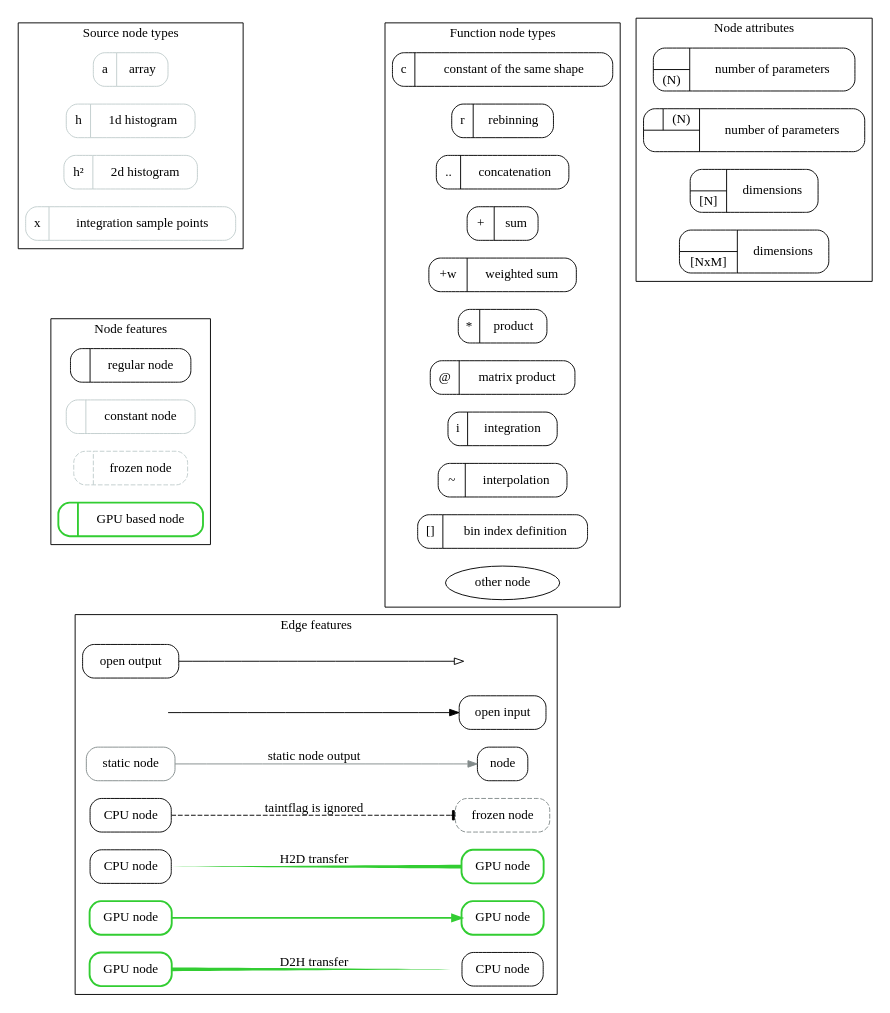
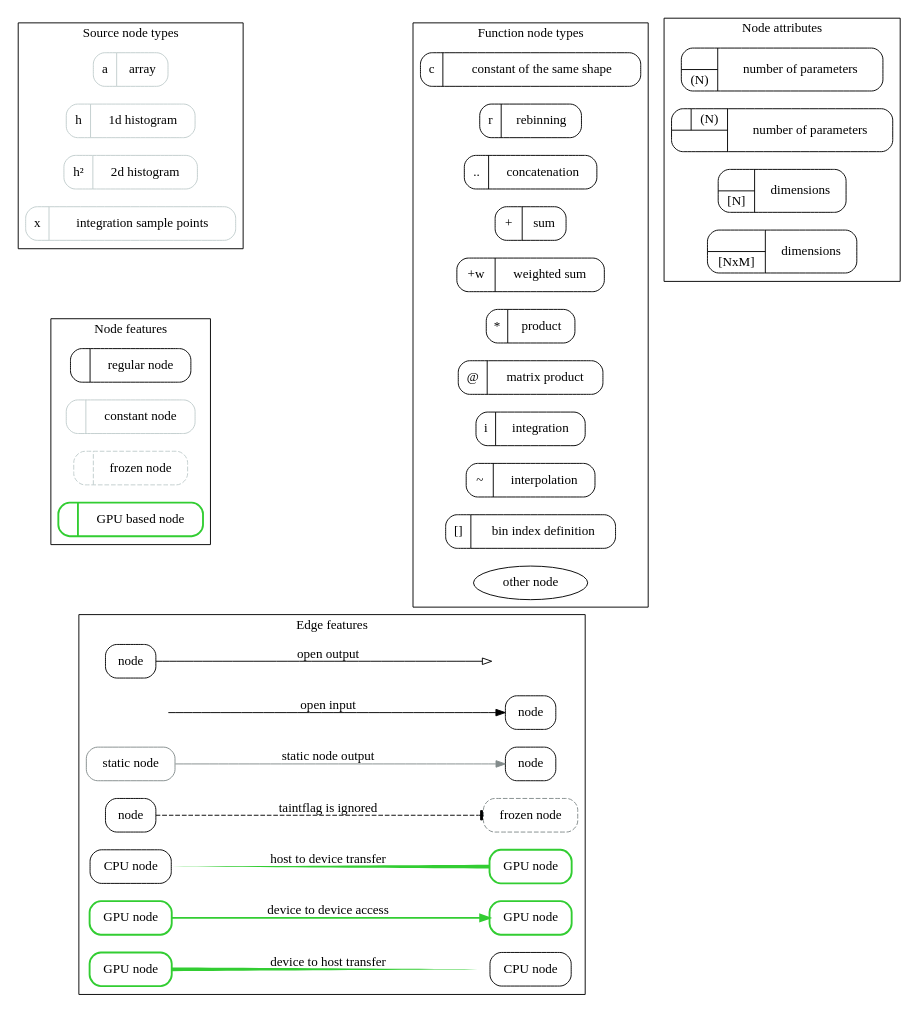
Before and after one commit to gnafit/gna: the diagram in doc/misc/legend.dot, drawn with Graphviz. The commit also changed 4 other files, not shown here.

```diff
--- a/doc/misc/legend.dot
+++ b/doc/misc/legend.dot
@@ -1,88 +1,88 @@
 digraph "" {
     graph [
         fontsize=10,
         labelfontsize=10,
         rankdir=LR,
         ranksep=0.01,
     ];
     node [label="\N"];
 
     subgraph cluster4{
         fontsize=14;
         label="Edge features";
-        node4_1l [shape=Mrecord,label="open output"];
+        node4_1l [shape=Mrecord,label="node"];
         node4_1r [shape=Mrecord,style="invis"];
-        node4_1l -> node4_1r [arrowhead=empty];
+        node4_1l -> node4_1r [arrowhead=empty,label="open output"];
 
         node4_2l [shape=Mrecord,style="invis"];
-        node4_2r [shape=Mrecord,label="open input"];
-        node4_2l -> node4_2r [];
+        node4_2r [shape=Mrecord,label="node"];
+        node4_2l -> node4_2r [label="open input"];
 
         node4_7l [shape=Mrecord,label="static node",color=azure4];
         node4_7r [shape=Mrecord,label="node"];
         node4_7l -> node4_7r [color=azure4,label="static node output"];
 
-        node4_6l [shape=Mrecord,label="CPU node"];
+        node4_6l [shape=Mrecord,label="node"];
         node4_6r [shape=Mrecord,label="frozen node",color=azure4,style=dashed];
         node4_6l -> node4_6r [arrowhead="tee",style=dashed,label="taintflag is ignored"];
 
         node4_3l [shape=Mrecord,label="CPU node"];
         node4_3r [shape=Mrecord,label="GPU node", color="limegreen", style=bold];
-        node4_3l -> node4_3r [style=tapered,penwidth=4,dir=back,color="limegreen",arrowtail=none,label="H2D transfer"];
+        node4_3l -> node4_3r [style=tapered,penwidth=4,dir=back,color="limegreen",arrowtail=none,label="host to device transfer"];
 
         node4_4l [shape=Mrecord,label="GPU node", color="limegreen", style=bold];
         node4_4r [shape=Mrecord,label="GPU node", color="limegreen", style=bold];
-        node4_4l -> node4_4r [penwidth=2,color="limegreen"];
+        node4_4l -> node4_4r [penwidth=2,color="limegreen",label="device to device access"];
 
         node4_5l [shape=Mrecord,label="GPU node", color="limegreen", style=bold];
         node4_5r [shape=Mrecord,label="CPU node"];
-        node4_5l -> node4_5r [style=tapered,penwidth=4,color="limegreen",arrowhead=none,label="D2H transfer"];
+        node4_5l -> node4_5r [style=tapered,penwidth=4,color="limegreen",arrowhead=none,label="device to host transfer"];
     }
 
     subgraph cluster3{
         fontsize=14;
         label="Node features";
         node3_1 [label="{|regular node}", shape=Mrecord];
         node3_2 [label="{|constant node}", shape=Mrecord, color="azure3"];
         node3_3 [label="{|frozen node}", shape=Mrecord, color="azure3", style="dashed"];
         node3_4 [label="{|GPU based node}", shape=Mrecord, color="limegreen", style=bold];
     }
 
     subgraph cluster2{
         fontsize=14;
         label="Function node types";
         node2_1 [label="{c|constant of the same shape}", shape=Mrecord];
         node2_2 [label="{r|rebinning}",                  shape=Mrecord];
         node2_3 [label="{..|concatenation}",             shape=Mrecord];
         node2_4 [label="{+|sum}", shape=Mrecord];
         node2_5 [label="{+w|weighted sum}", shape=Mrecord];
         node2_6 [label="{*|product}", shape=Mrecord];
         node2_7 [label="{@|matrix product}", shape=Mrecord];
         node2_8 [label="{i|integration}", shape=Mrecord];
         node2_9 [label="{~|interpolation}", shape=Mrecord];
         node2_10 [label="{[]|bin index definition}", shape=Mrecord];
         node2_11 [label="other node"];
     }
 
     subgraph cluster0{
         fontsize=14;
         label="Source node types";
         node [color="azure3"];
         node0_1 [label="{a|array}",                     shape=Mrecord];
         node0_2 [label="{h|1d histogram}",              shape=Mrecord];
         node0_3 [label="{h²|2d histogram}",             shape=Mrecord];
         node0_4 [label="{x|integration sample points}", shape=Mrecord];
     }
 
     subgraph cluster1{
         fontsize=14;
         label="Node attributes";
         node1_1 [label="{{|(N)}|number of parameters}", shape=Mrecord];
         node1_2 [label="{{{|(N)}|}|number of parameters}", shape=Mrecord];
         node1_3 [label="{{|[N]}|dimensions}", shape=Mrecord];
         node1_4 [label="{{|[NxM]}|dimensions}", shape=Mrecord];
     }
 
     node0_1 -> node2_1 [style="invis"];
     node2_1 -> node1_1 [style="invis"];
 }
```
